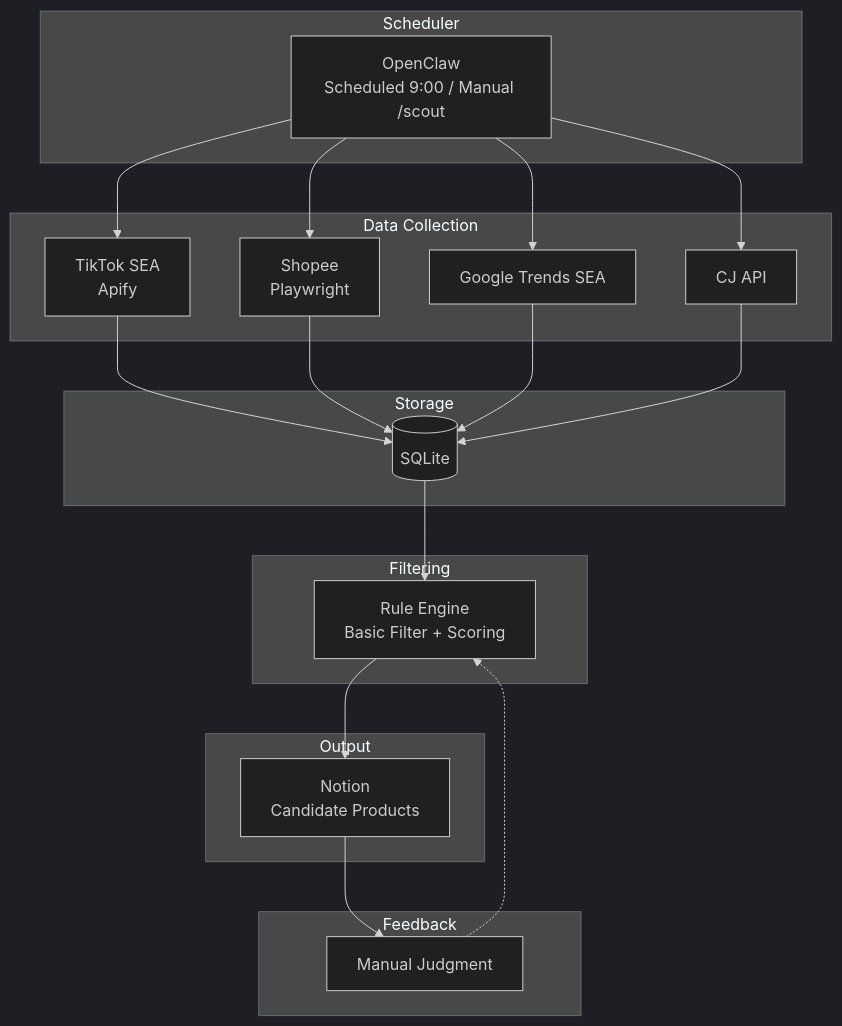
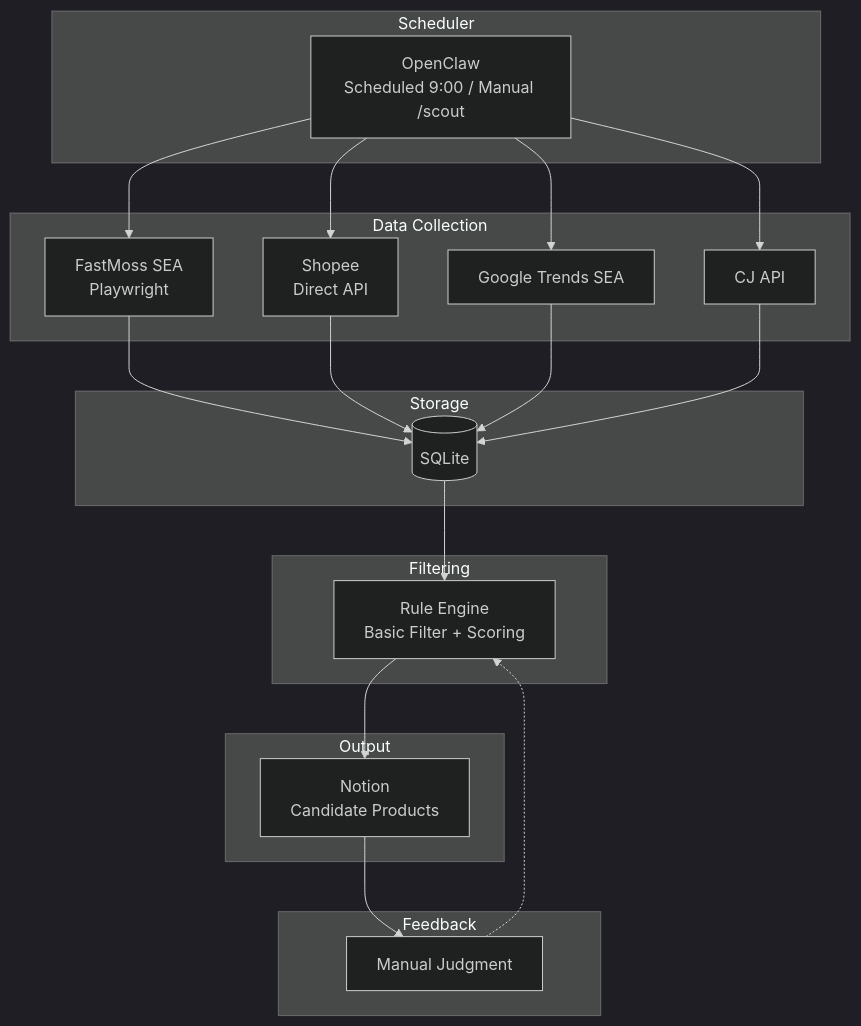
One commit to maoku-family/product-scout changed the diagram in docs/design.md. Above: the diagram before and after it, drawn with Mermaid (dark theme). The commit also changed other lines of this file and 2 other files, not shown here.

First line of the commit message:
docs: update architecture and design for Phase 2 completion

````diff
--- a/docs/design.md
+++ b/docs/design.md
@@ -13,33 +13,33 @@
 ```mermaid
 flowchart TB
     subgraph Scheduler
         A[OpenClaw<br/>Scheduled 9:00 / Manual /scout]
     end
 
     subgraph Data Collection
-        A --> B1[TikTok SEA<br/>Apify]
-        A --> B2[Shopee<br/>Playwright]
+        A --> B1[FastMoss SEA<br/>Playwright]
+        A --> B2[Shopee<br/>Direct API]
         A --> B3[Google Trends SEA]
         A --> B4[CJ API]
     end
 
     subgraph Storage
         B1 --> C[(SQLite)]
         B2 --> C
         B3 --> C
         B4 --> C
     end
 
     subgraph Filtering
         C --> D[Rule Engine<br/>Basic Filter + Scoring]
     end
 
     subgraph Output
         D --> F1[Notion<br/>Candidate Products]
     end
 
     subgraph Feedback
         F1 --> G[Manual Judgment]
         G -.-> D
     end
 ```
````
